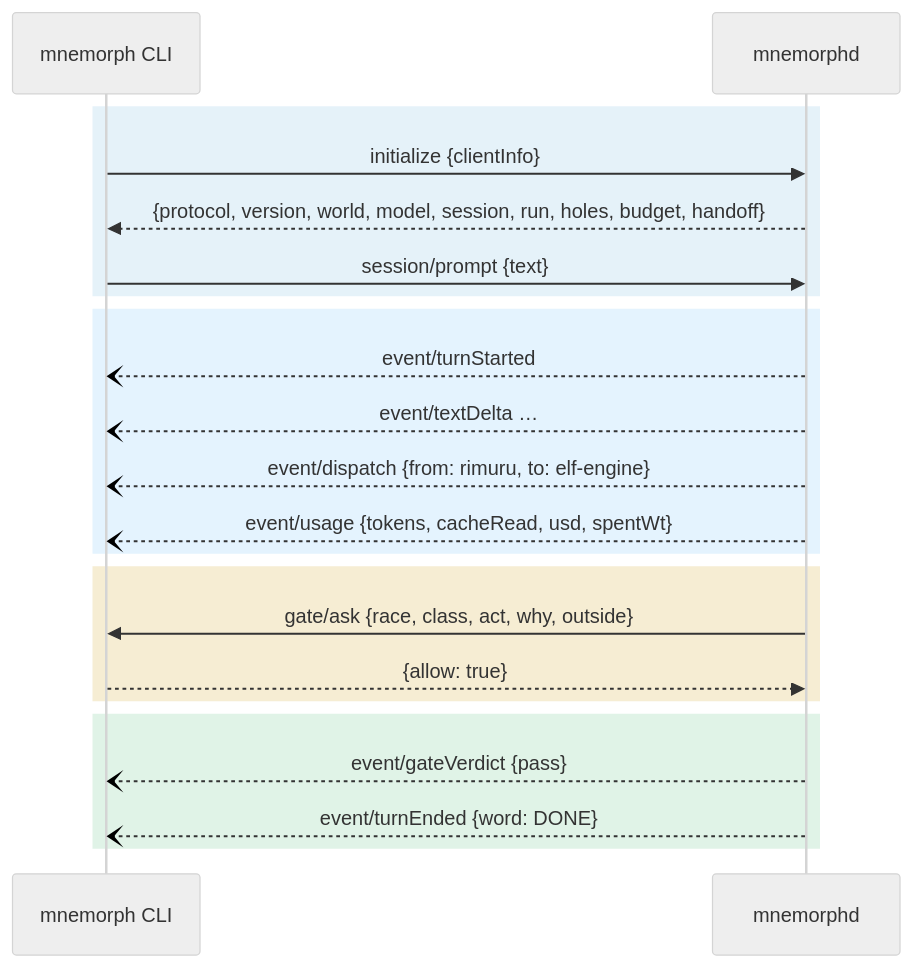
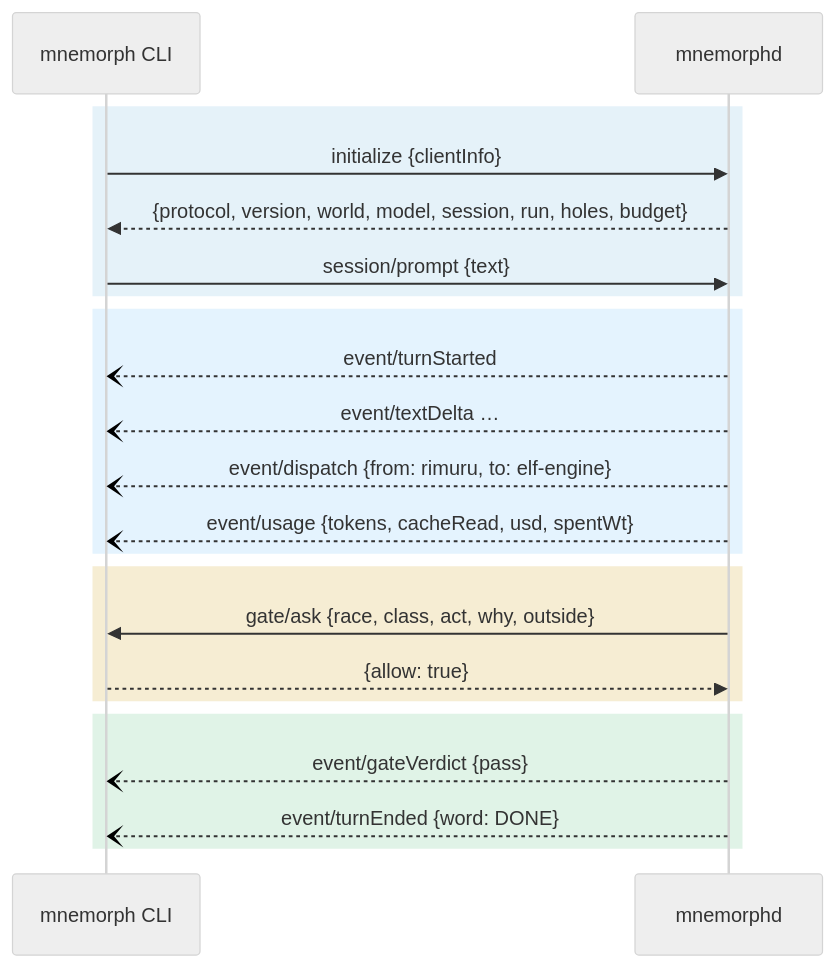
Before and after one commit to Kaginari/mnemorph: the fourth of 4 diagrams in docs/04-communication.md, drawn with Mermaid. The commit also changed other lines of this file and 21 other files, not shown here.

Commit message:
remove the handoff: no session note is written into the repository

````diff
--- a/docs/04-communication.md
+++ b/docs/04-communication.md
@@ -258,31 +258,31 @@
 ```mermaid
 ---
 config:
   look: handDrawn
   theme: neutral
   flowchart:
     wrappingWidth: 360
 ---
 sequenceDiagram
     participant CLI as mnemorph CLI
     participant D as mnemorphd
     rect rgba(2,132,199,0.10)
     CLI->>D: initialize {clientInfo}
-    D-->>CLI: {protocol, version, world, model, session, run, holes, budget, handoff}
+    D-->>CLI: {protocol, version, world, model, session, run, holes, budget}
     CLI->>D: session/prompt {text}
     end
     rect rgba(63,169,245,0.14)
     D--)CLI: event/turnStarted
     D--)CLI: event/textDelta …
     D--)CLI: event/dispatch {from: rimuru, to: elf-engine}
     D--)CLI: event/usage {tokens, cacheRead, usd, spentWt}
     end
     rect rgba(212,175,55,0.22)
     D->>CLI: gate/ask {race, class, act, why, outside}
     CLI-->>D: {allow: true}
     end
     rect rgba(22,163,74,0.13)
     D--)CLI: event/gateVerdict {pass}
     D--)CLI: event/turnEnded {word: DONE}
     end
 ```
````
